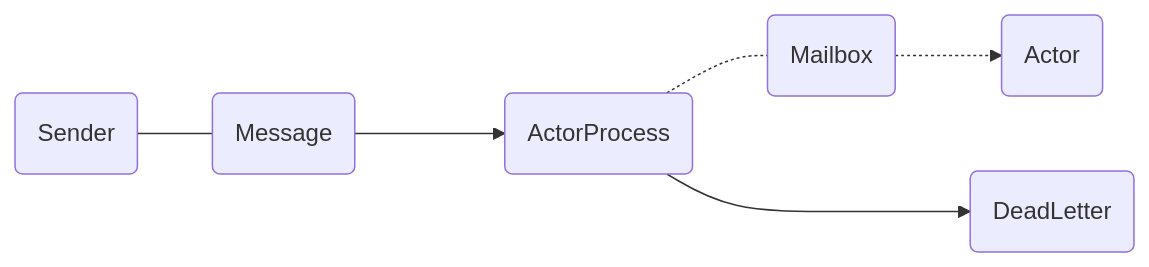
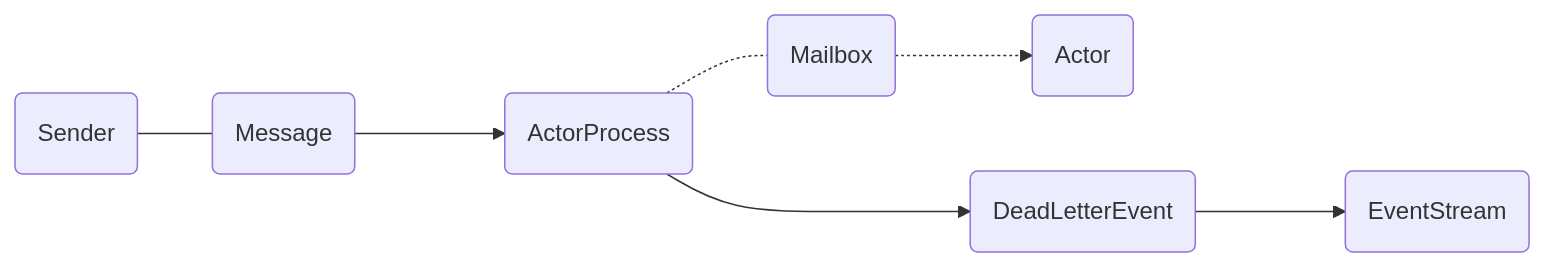
One commit to asynkron/protoactor-website changed the diagram in hugo/content/docs/deadletter.md. Above: the diagram before and after it, drawn with Mermaid.

````diff
--- a/hugo/content/docs/deadletter.md
+++ b/hugo/content/docs/deadletter.md
@@ -27,21 +27,23 @@
 ```mermaid
     graph LR
     sender(Sender)
     class sender blue
     actor(Actor)
     class actor gray
-    dl(DeadLetter)
+    dl(DeadLetterEvent)
     class dl blue
     message(Message)
     class message message
     mailbox(Mailbox)
     class mailbox gray
     process(ActorProcess)
     class process light-blue
+    es(EventStream)
+    class es blue
 
 
     sender---message--->process-.-mailbox-.->actor
-    process--->dl
+    process--->dl--->es
 
 
 ```
````
